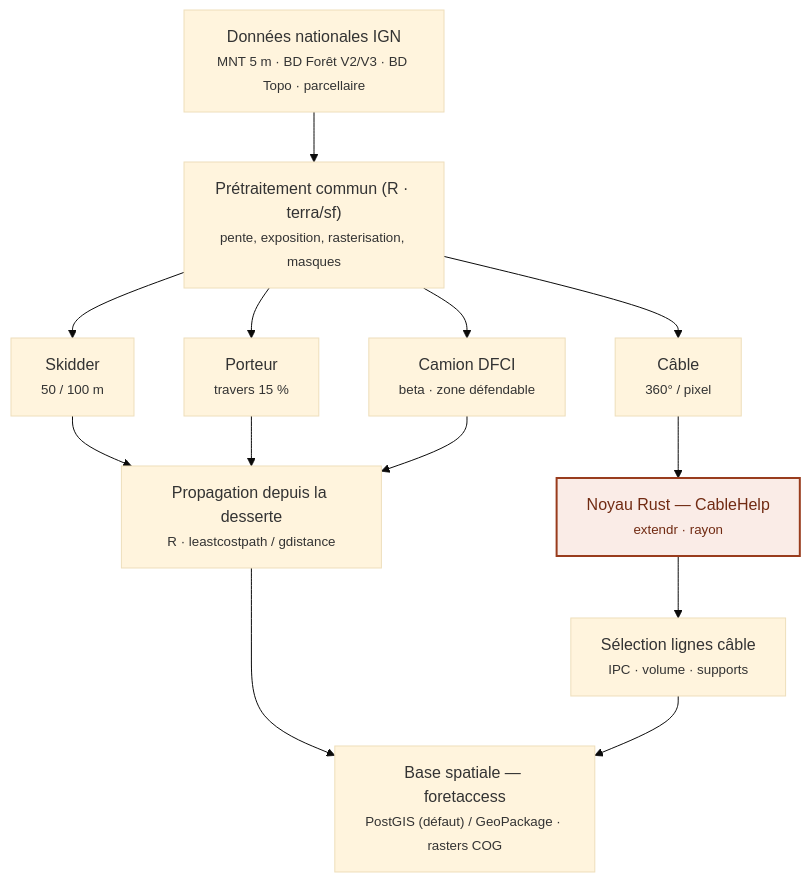
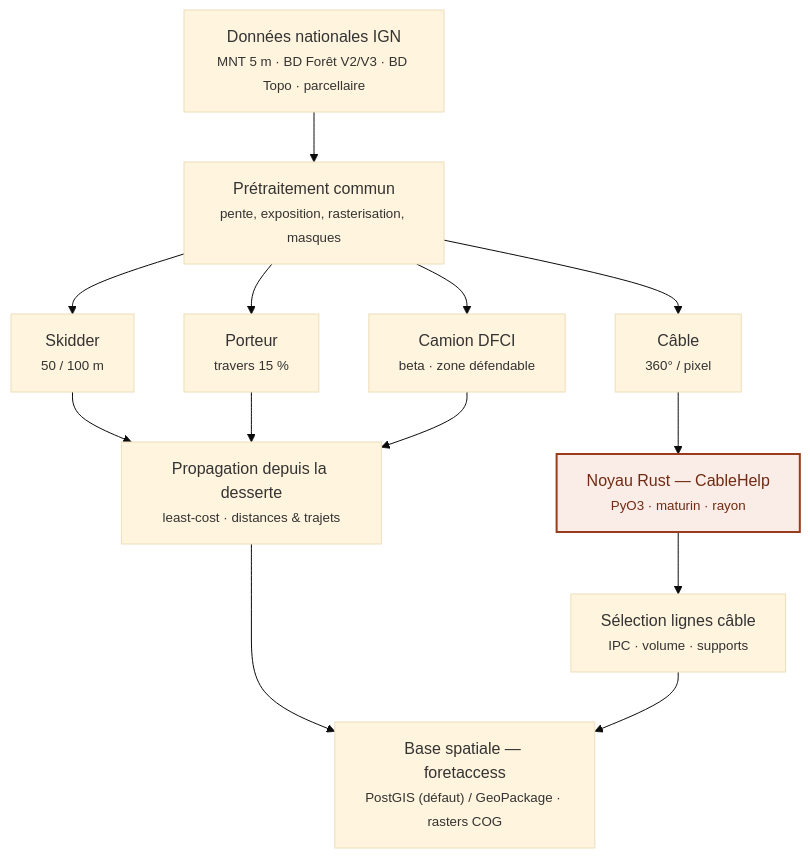
Before and after one commit to pobsteta/foretaccess: the diagram in docs/foretaccess-brief.md, drawn with Mermaid (base theme). The commit also changed other lines of this file and 1 other file, not shown here.

Commit message:
docs: mise à jour du brief et du schéma d'architecture

````diff
--- a/docs/foretaccess-brief.md
+++ b/docs/foretaccess-brief.md
@@ -99,26 +95,26 @@
 ```mermaid
 flowchart TD
     A["Données nationales IGN<br/><small>MNT 5 m · BD Forêt V2/V3 · BD Topo · parcellaire</small>"]
-    B["Prétraitement commun (R · terra/sf)<br/><small>pente, exposition, rasterisation, masques</small>"]
+    B["Prétraitement commun<br/><small>pente, exposition, rasterisation, masques</small>"]
     SK["Skidder<br/><small>50 / 100 m</small>"]
     PO["Porteur<br/><small>travers 15 %</small>"]
     DF["Camion DFCI<br/><small>beta · zone défendable</small>"]
     CA["Câble<br/><small>360° / pixel</small>"]
-    LC["Propagation depuis la desserte<br/><small>R · leastcostpath / gdistance</small>"]
-    RS["Noyau Rust — CableHelp<br/><small>extendr · rayon</small>"]
+    LC["Propagation depuis la desserte<br/><small>least-cost · distances & trajets</small>"]
+    RS["Noyau Rust — CableHelp<br/><small>PyO3 · maturin · rayon</small>"]
     SE["Sélection lignes câble<br/><small>IPC · volume · supports</small>"]
     OUT["Base spatiale — foretaccess<br/><small>PostGIS (défaut) / GeoPackage · rasters COG</small>"]
 
     A --> B
     B --> SK & PO & DF & CA
     SK --> LC
     PO --> LC
     DF --> LC
     CA --> RS
     RS --> SE
     LC --> OUT
     SE --> OUT
 
     class RS kernel
     classDef kernel fill:#FAECE7,stroke:#993C1D,stroke-width:2px,color:#712B13;
 ```
````
